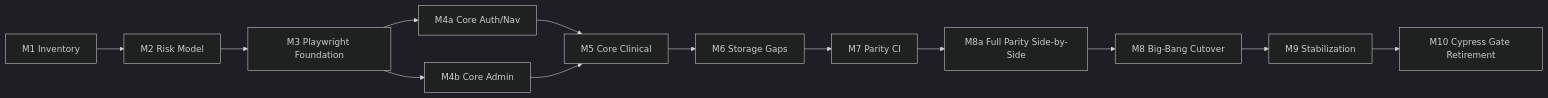
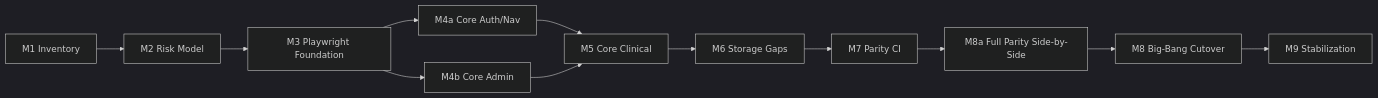
One commit to DIGI-UW/OpenELIS-Global-2 changed the diagram in specs/201-e2e-playwright-risk-parity/plan.md. Above: the diagram before and after it, drawn with Mermaid (dark theme). The commit also changed other lines of this file and 5 other files, not shown here.

````diff
--- a/specs/201-e2e-playwright-risk-parity/plan.md
+++ b/specs/201-e2e-playwright-risk-parity/plan.md
@@ -102,15 +101,14 @@
 ```mermaid
 graph LR
     M1[M1 Inventory] --> M2[M2 Risk Model]
     M2 --> M3[M3 Playwright Foundation]
     M3 --> M4a[M4a Core Auth/Nav]
     M3 --> M4b[M4b Core Admin]
     M4a --> M5[M5 Core Clinical]
     M4b --> M5
     M5 --> M6[M6 Storage Gaps]
     M6 --> M7[M7 Parity CI]
     M7 --> M8a[M8a Full Parity Side-by-Side]
     M8a --> M8[M8 Big-Bang Cutover]
     M8 --> M9[M9 Stabilization]
-    M9 --> M10[M10 Cypress Gate Retirement]
 ```
````
